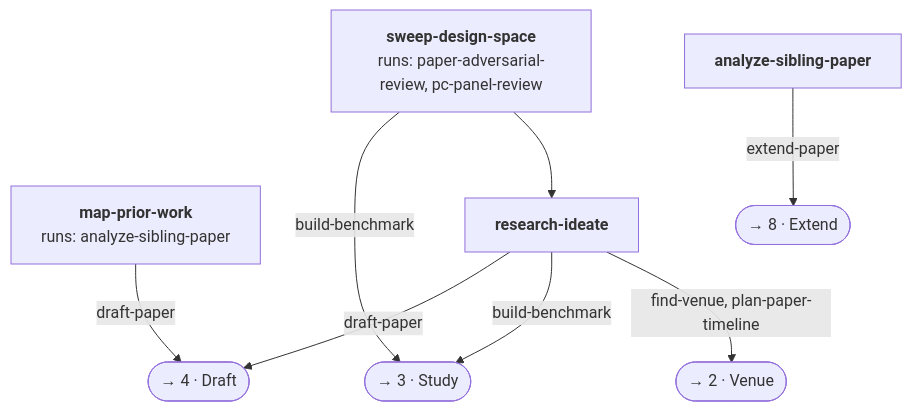
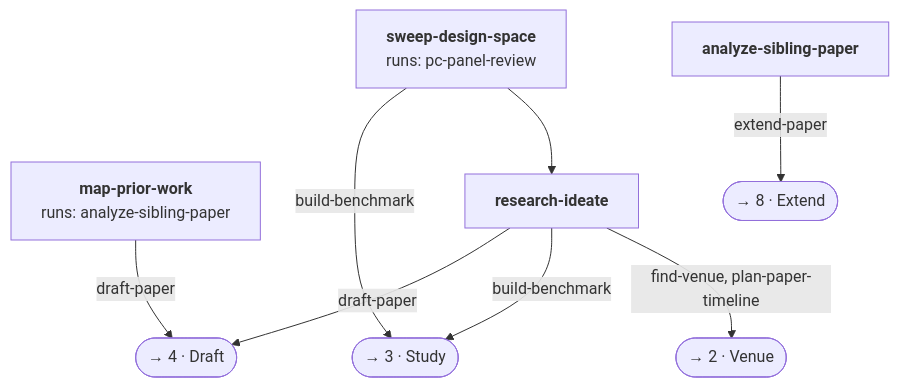
One commit to zernie/paperlint changed the second of 9 diagrams in docs/pipeline.md. Above: the diagram before and after it, drawn with Mermaid. The commit also changed other lines of this file and 44 other files, not shown here.

````diff
--- a/docs/pipeline.md
+++ b/docs/pipeline.md
@@ -58,18 +58,18 @@
 ```mermaid
 flowchart TB
   analyze_sibling_paper["<b>analyze-sibling-paper</b>"]
   map_prior_work["<b>map-prior-work</b><br/>runs: analyze-sibling-paper"]
   research_ideate["<b>research-ideate</b>"]
-  sweep_design_space["<b>sweep-design-space</b><br/>runs: paper-adversarial-review, pc-panel-review"]
+  sweep_design_space["<b>sweep-design-space</b><br/>runs: pc-panel-review"]
   sweep_design_space --> research_ideate
   to_stage_extend(["→ 8 · Extend"])
   to_stage_draft(["→ 4 · Draft"])
   to_stage_venue(["→ 2 · Venue"])
   to_stage_study(["→ 3 · Study"])
   analyze_sibling_paper -- "extend-paper" --> to_stage_extend
   map_prior_work -- "draft-paper" --> to_stage_draft
   research_ideate -- "find-venue, plan-paper-timeline" --> to_stage_venue
   research_ideate -- "build-benchmark" --> to_stage_study
   research_ideate -- "draft-paper" --> to_stage_draft
   sweep_design_space -- "build-benchmark" --> to_stage_study
 ```
````
